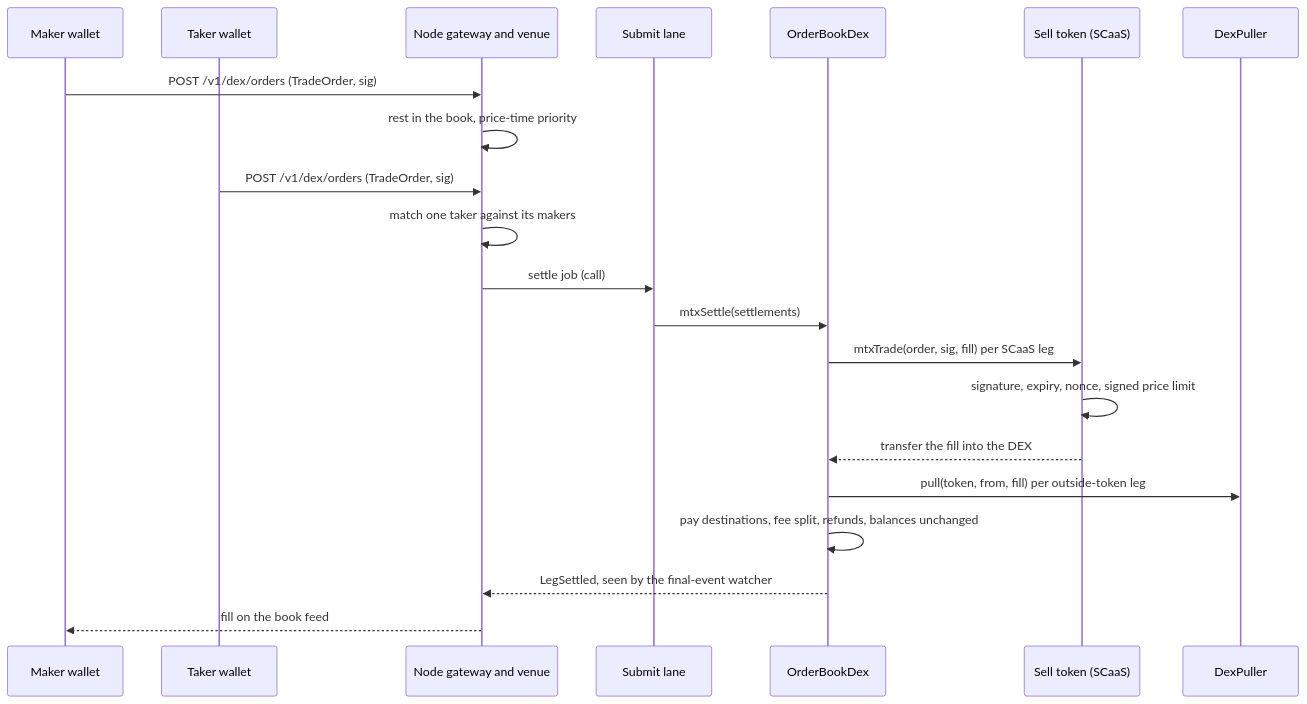
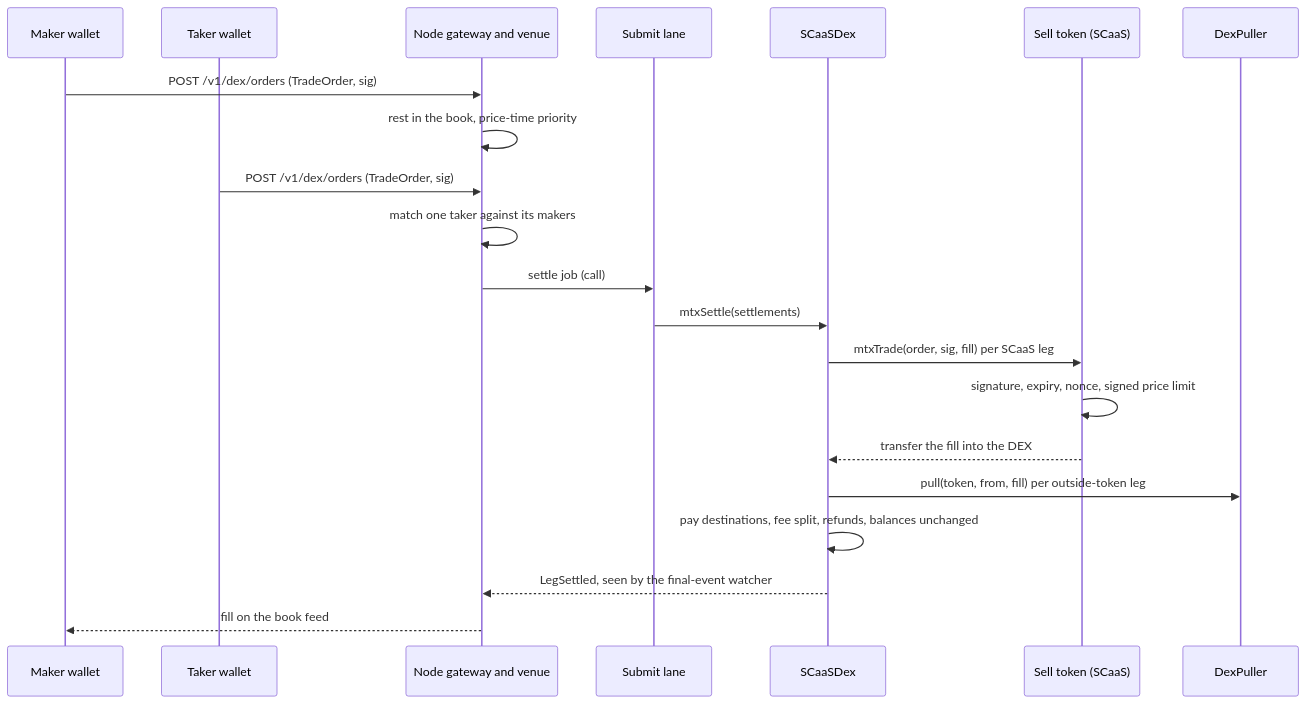
Before and after one commit to dinhduongha/scaas: the ninth of 12 diagrams in docs/architecture.md, drawn with Mermaid. The commit also changed other lines of this file and 26 other files, not shown here.

First line of the commit message:
Rename OrderBookDex to SCaaSDex (EIP-712 domain "SCaaS Dex"), regenerate dex_kat, update node and docs

````diff
--- a/docs/architecture.md
+++ b/docs/architecture.md
@@ -689,23 +689,23 @@
 ```mermaid
 sequenceDiagram
     participant MK as Maker wallet
     participant TK as Taker wallet
     participant VEN as Node gateway and venue
     participant LANE as Submit lane
-    participant DEX as OrderBookDex
+    participant DEX as SCaaSDex
     participant ST as Sell token (SCaaS)
     participant PUL as DexPuller
     MK->>VEN: POST /v1/dex/orders (TradeOrder, sig)
     VEN->>VEN: rest in the book, price-time priority
     TK->>VEN: POST /v1/dex/orders (TradeOrder, sig)
     VEN->>VEN: match one taker against its makers
     VEN->>LANE: settle job (call)
     LANE->>DEX: mtxSettle(settlements)
     DEX->>ST: mtxTrade(order, sig, fill) per SCaaS leg
     ST->>ST: signature, expiry, nonce, signed price limit
     ST-->>DEX: transfer the fill into the DEX
     DEX->>PUL: pull(token, from, fill) per outside-token leg
     DEX->>DEX: pay destinations, fee split, refunds, balances unchanged
     DEX-->>VEN: LegSettled, seen by the final-event watcher
     VEN-->>MK: fill on the book feed
 ```
````
